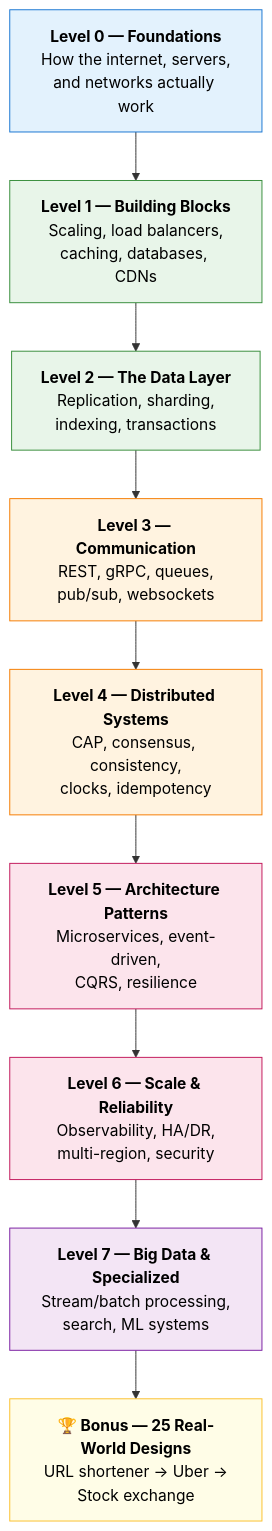
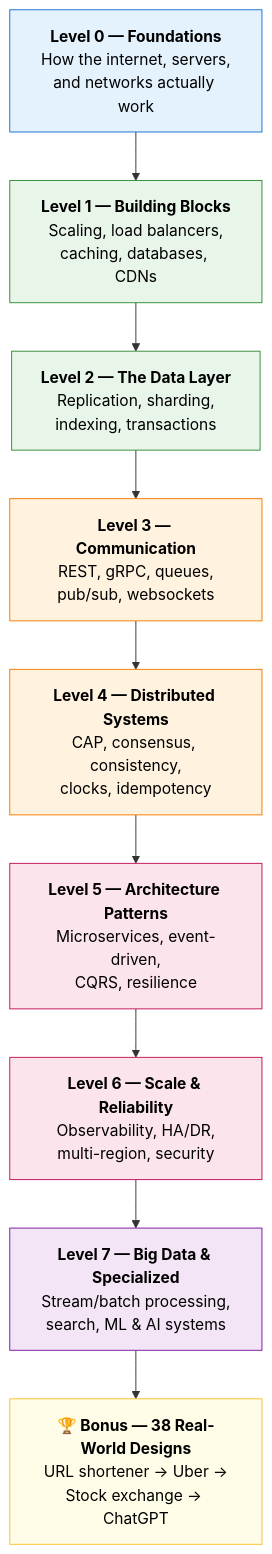
One commit to Ankan1998/learn-system-design changed the diagram in README.md. Above: the diagram before and after it, drawn with Mermaid. The commit also changed other lines of this file and 4 other files, not shown here.

````diff
--- a/README.md
+++ b/README.md
@@ -46,24 +46,24 @@
 ```mermaid
 flowchart TD
     L0["<b>Level 0 — Foundations</b><br/>How the internet, servers,<br/>and networks actually work"]
     L1["<b>Level 1 — Building Blocks</b><br/>Scaling, load balancers,<br/>caching, databases, CDNs"]
     L2["<b>Level 2 — The Data Layer</b><br/>Replication, sharding,<br/>indexing, transactions"]
     L3["<b>Level 3 — Communication</b><br/>REST, gRPC, queues,<br/>pub/sub, websockets"]
     L4["<b>Level 4 — Distributed Systems</b><br/>CAP, consensus, consistency,<br/>clocks, idempotency"]
     L5["<b>Level 5 — Architecture Patterns</b><br/>Microservices, event-driven,<br/>CQRS, resilience"]
     L6["<b>Level 6 — Scale & Reliability</b><br/>Observability, HA/DR,<br/>multi-region, security"]
-    L7["<b>Level 7 — Big Data & Specialized</b><br/>Stream/batch processing,<br/>search, ML systems"]
-    BONUS["<b>🏆 Bonus — 25 Real-World Designs</b><br/>URL shortener → Uber →<br/>Stock exchange"]
+    L7["<b>Level 7 — Big Data & Specialized</b><br/>Stream/batch processing,<br/>search, ML & AI systems"]
+    BONUS["<b>🏆 Bonus — 38 Real-World Designs</b><br/>URL shortener → Uber →<br/>Stock exchange → ChatGPT"]
 
     L0 --> L1 --> L2 --> L3 --> L4 --> L5 --> L6 --> L7 --> BONUS
 
     style L0 fill:#e3f2fd,stroke:#1976d2,color:#000
     style L1 fill:#e8f5e9,stroke:#388e3c,color:#000
     style L2 fill:#e8f5e9,stroke:#388e3c,color:#000
     style L3 fill:#fff3e0,stroke:#f57c00,color:#000
     style L4 fill:#fff3e0,stroke:#f57c00,color:#000
     style L5 fill:#fce4ec,stroke:#c2185b,color:#000
     style L6 fill:#fce4ec,stroke:#c2185b,color:#000
     style L7 fill:#f3e5f5,stroke:#7b1fa2,color:#000
     style BONUS fill:#fffde7,stroke:#fbc02d,color:#000
 ```
````
